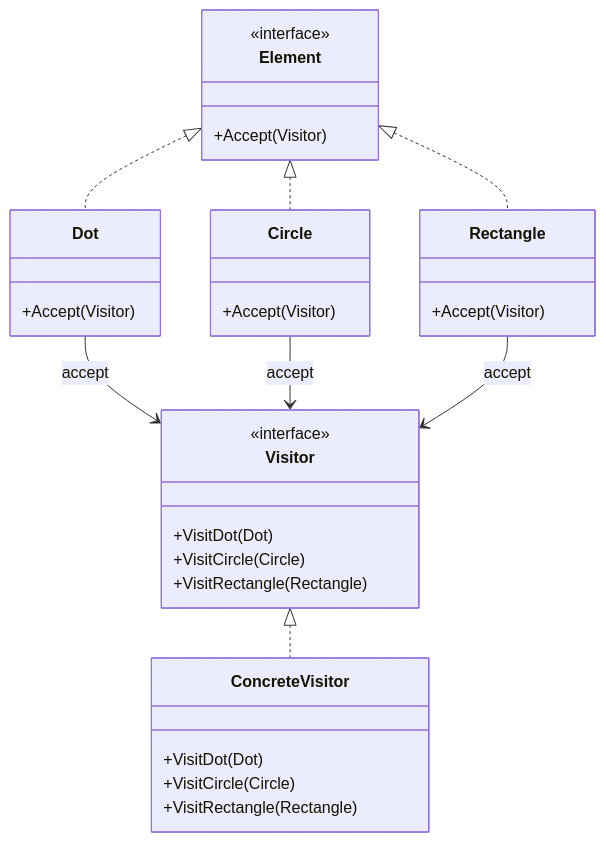
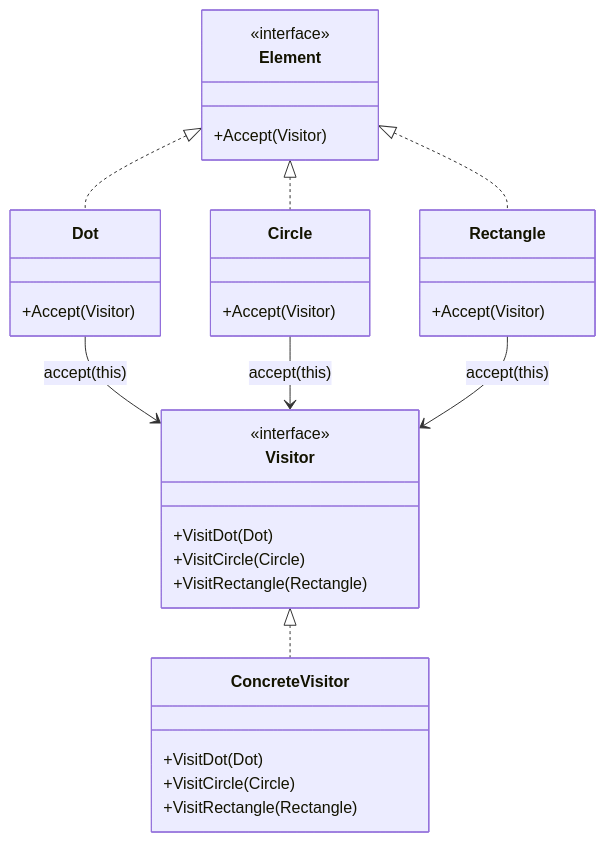
Before and after one commit to minijb/Wiki: the tenth of 11 diagrams in raw/cs/design-patterns/behavioral-patterns.md, drawn with Mermaid. The commit also changed other lines of this file and 962 other files, not shown here.

````diff
--- a/raw/cs/design-patterns/behavioral-patterns.md
+++ b/raw/cs/design-patterns/behavioral-patterns.md
@@ -1148,35 +1570,35 @@
 ```mermaid
 classDiagram
     class Visitor {
         <<interface>>
         +VisitDot(Dot)
         +VisitCircle(Circle)
         +VisitRectangle(Rectangle)
     }
     class ConcreteVisitor {
         +VisitDot(Dot)
         +VisitCircle(Circle)
         +VisitRectangle(Rectangle)
     }
     class Element {
         <<interface>>
         +Accept(Visitor)
     }
     class Dot {
         +Accept(Visitor)
     }
     class Circle {
         +Accept(Visitor)
     }
     class Rectangle {
         +Accept(Visitor)
     }
 
     Visitor <|.. ConcreteVisitor
     Element <|.. Dot
     Element <|.. Circle
     Element <|.. Rectangle
-    Dot --> Visitor : accept
-    Circle --> Visitor : accept
-    Rectangle --> Visitor : accept
+    Dot --> Visitor : accept(this)
+    Circle --> Visitor : accept(this)
+    Rectangle --> Visitor : accept(this)
 ```
````
